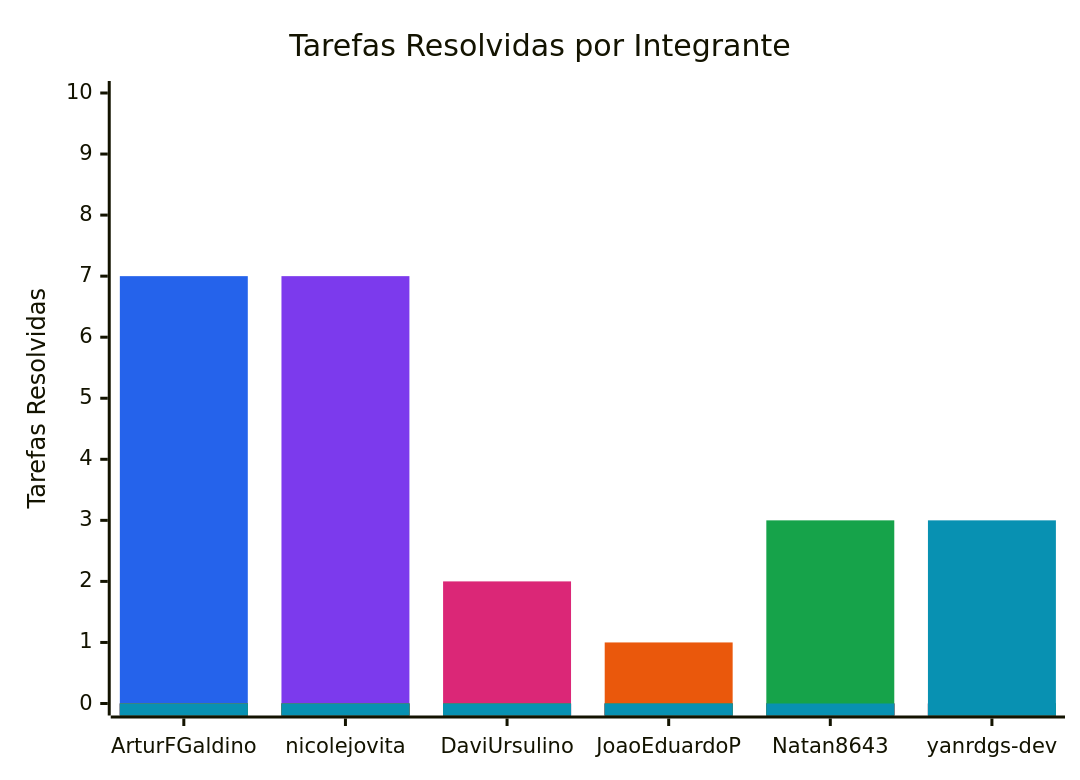
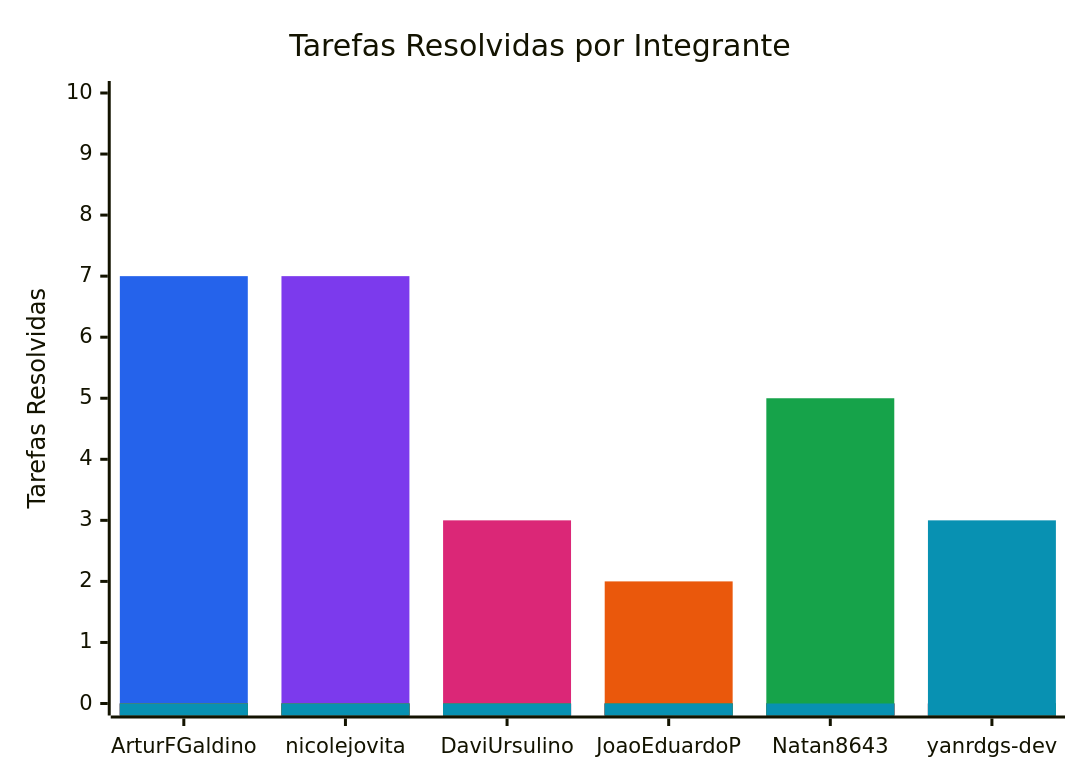
Before and after one commit to FCTE-Qualidade-de-Software-1/2026-2_T02_KAY_MCNULTY: the diagram in snippets/resolved-issues.mmd, drawn with Mermaid. The commit also changed 11 other files, not shown here.

```diff
--- a/snippets/resolved-issues.mmd
+++ b/snippets/resolved-issues.mmd
@@ -1,11 +1,11 @@
 %%{init: {"themeVariables": {"xyChart": {"plotColorPalette": "#2563eb, #7c3aed, #db2777, #ea580c, #16a34a, #0891b2"}}}}%%
 xychart-beta
     title "Tarefas Resolvidas por Integrante"
     x-axis ["ArturFGaldino", "nicolejovita", "DaviUrsulino", "JoaoEduardoP", "Natan8643", "yanrdgs-dev"]
     y-axis "Tarefas Resolvidas" 0 --> 10
     bar [7, 0, 0, 0, 0, 0]
     bar [0, 7, 0, 0, 0, 0]
-    bar [0, 0, 2, 0, 0, 0]
-    bar [0, 0, 0, 1, 0, 0]
-    bar [0, 0, 0, 0, 3, 0]
+    bar [0, 0, 3, 0, 0, 0]
+    bar [0, 0, 0, 2, 0, 0]
+    bar [0, 0, 0, 0, 5, 0]
     bar [0, 0, 0, 0, 0, 3]
```
